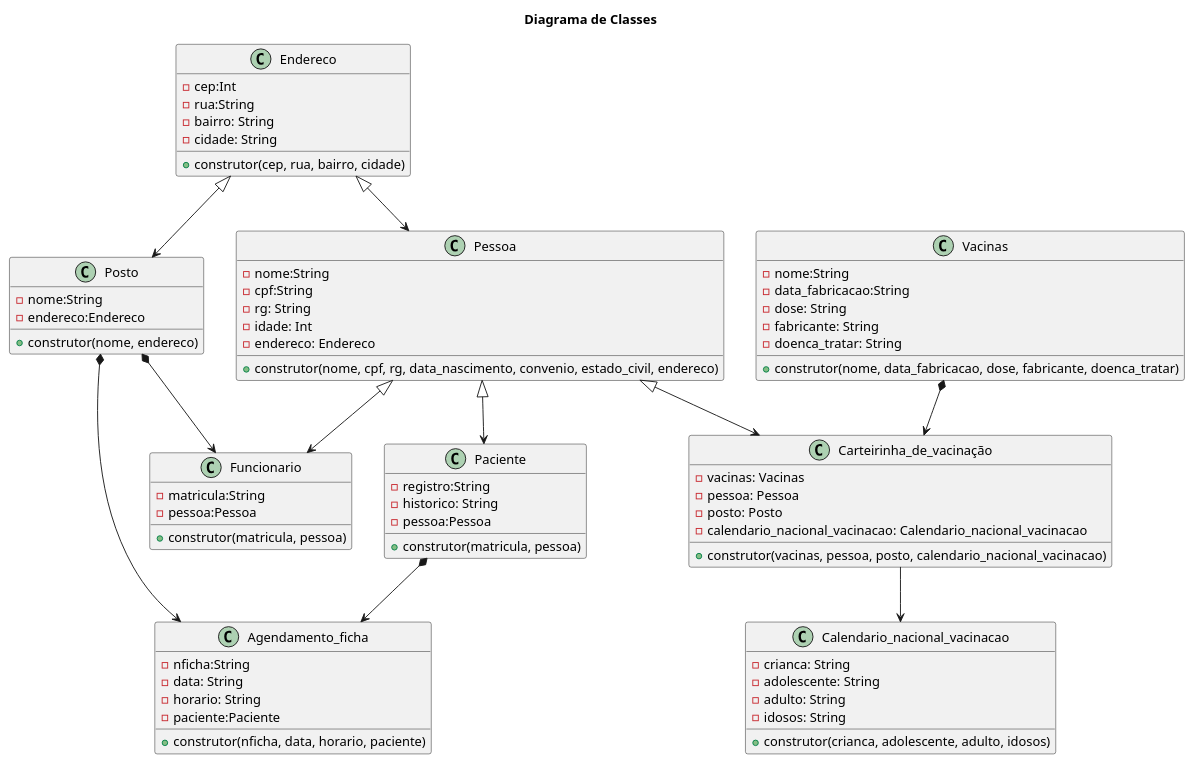
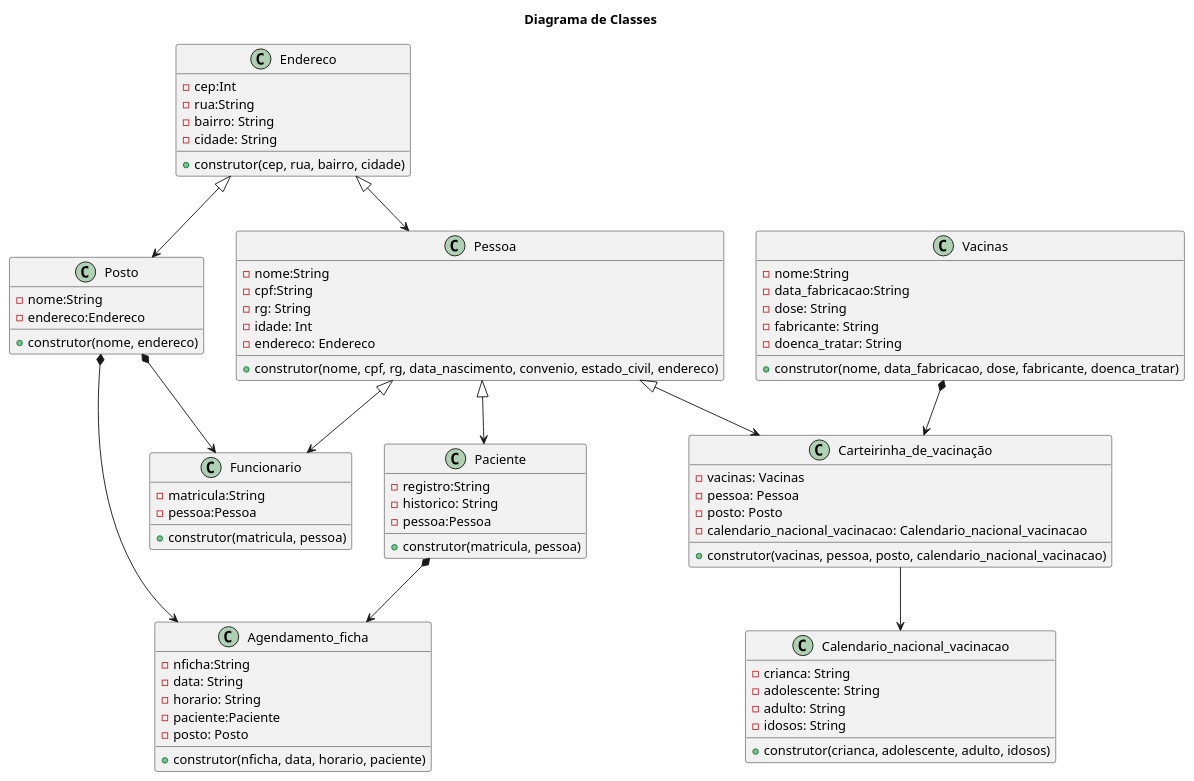
One commit to anleaes/2022-1-N2-POO-04 changed the diagram in @startuml herenca composicao.plantUML. Above: the diagram before and after it, drawn with PlantUML.

Commit message:
reformulação do agendamento_ficha no diagrama (+super-classe: Posto)

```diff
--- a/@startuml herenca composicao.plantUML
+++ b/@startuml herenca composicao.plantUML
@@ -1,91 +1,92 @@
 @startuml herenca composicao
 
 title Diagrama de Classes
 
 class Carteirinha_de_vacinação{
     - vacinas: Vacinas
     - pessoa: Pessoa
     - posto: Posto
     - calendario_nacional_vacinacao: Calendario_nacional_vacinacao
     + construtor(vacinas, pessoa, posto, calendario_nacional_vacinacao)
 } 
  
 
 class Posto{
     - nome:String
     - endereco:Endereco
     + construtor(nome, endereco)
 
 }
 
 class Calendario_nacional_vacinacao{
     - crianca: String
     - adolescente: String
     - adulto: String
     - idosos: String
     + construtor(crianca, adolescente, adulto, idosos)
 } 
 
 
 
 class Endereco{
     - cep:Int
     - rua:String
     - bairro: String
     - cidade: String
     + construtor(cep, rua, bairro, cidade)
 }
 
 class Pessoa{
     - nome:String
     - cpf:String
     - rg: String
     - idade: Int
     - endereco: Endereco
     + construtor(nome, cpf, rg, data_nascimento, convenio, estado_civil, endereco)
 }
 class Vacinas{
     - nome:String
     - data_fabricacao:String
     - dose: String
     - fabricante: String
     - doenca_tratar: String
     + construtor(nome, data_fabricacao, dose, fabricante, doenca_tratar)
 }
 
 class Funcionario{
     - matricula:String
     - pessoa:Pessoa
     + construtor(matricula, pessoa)
 
 }
 
 class Paciente{
     - registro:String
     - historico: String
     - pessoa:Pessoa
     + construtor(matricula, pessoa)
     }
 
 class Agendamento_ficha{
     - nficha:String
     - data: String
     - horario: String
     - paciente:Paciente
+    - posto: Posto
     + construtor(nficha, data, horario, paciente)
     }
 
 Pessoa <|--> Paciente
 Pessoa <|--> Funcionario
 Endereco <|--> Pessoa
 Endereco <|--> Posto
 Carteirinha_de_vacinação --> Calendario_nacional_vacinacao
 Pessoa <|--> Carteirinha_de_vacinação 
 
 Posto *--> Funcionario
 Posto *--> Agendamento_ficha
 Vacinas *--> Carteirinha_de_vacinação
 Paciente *--> Agendamento_ficha
 
 
 @enduml 
```
